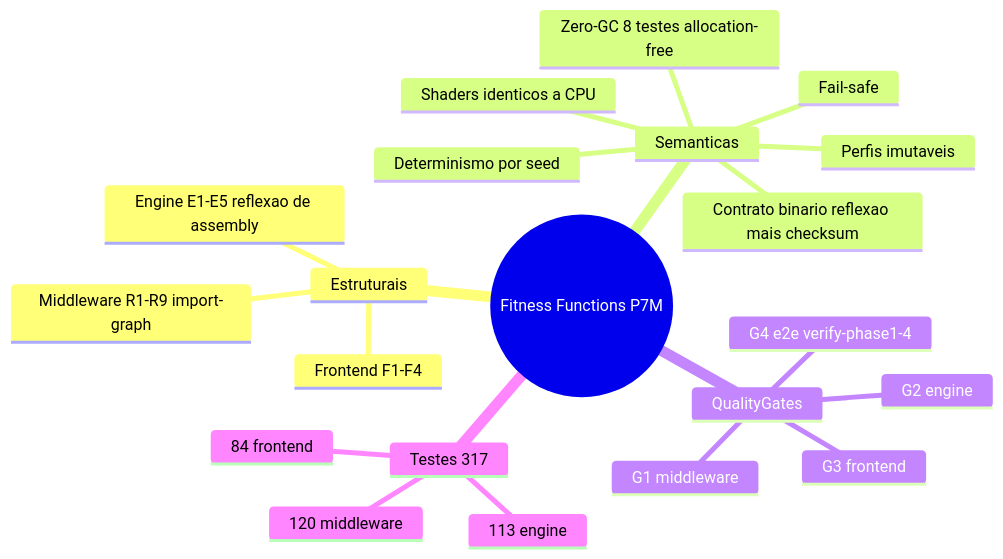
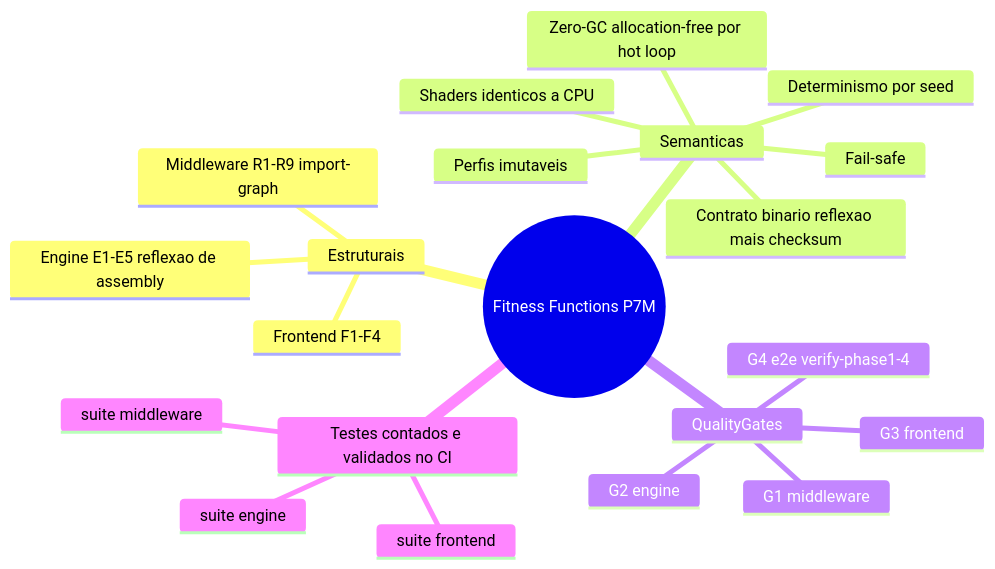
Before and after one commit to flaviotinococoutinho/Gridsmith: the third of 3 diagrams in docs/REQUIREMENTS.md, drawn with Mermaid. The commit also changed other lines of this file and 7 other files, not shown here.

````diff
--- a/docs/REQUIREMENTS.md
+++ b/docs/REQUIREMENTS.md
@@ -95,24 +95,24 @@
 ```mermaid
 mindmap
   root(("Fitness Functions P7M"))
     Estruturais
       Middleware R1-R9 import-graph
       Frontend F1-F4
       Engine E1-E5 reflexao de assembly
     Semanticas
-      Zero-GC 8 testes allocation-free
+      Zero-GC allocation-free por hot loop
       Determinismo por seed
       Contrato binario reflexao mais checksum
       Shaders identicos a CPU
       Perfis imutaveis
       Fail-safe
     QualityGates
       G1 middleware
       G2 engine
       G3 frontend
       G4 e2e verify-phase1-4
-    Testes 317
-      113 engine
-      120 middleware
-      84 frontend
+    Testes contados e validados no CI
+      suite engine
+      suite middleware
+      suite frontend
 ```
````
